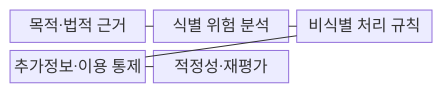
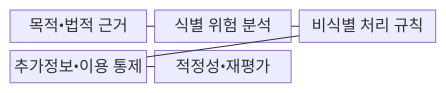
Before and after one commit to agnusdei1207/knowledge-base: the first of 2 diagrams in src/content/docs/notes/05-security/098_de_identification.md, drawn with Mermaid. The commit also changed other lines of this file and 953 other files, not shown here.

````diff
--- a/src/content/docs/notes/05-security/098_de_identification.md
+++ b/src/content/docs/notes/05-security/098_de_identification.md
@@ -63,13 +63,13 @@
 ```mermaid
 block-beta
   columns 3
-  A["목적·법적 근거"]
+  A["목적•법적 근거"]
   B["식별 위험 분석"]
   C["비식별 처리 규칙"]
-  D["추가정보·이용 통제"]
-  E["적정성·재평가"]
+  D["추가정보•이용 통제"]
+  E["적정성•재평가"]
   A --- B
   B --- C
   C --- D
   D --- E
 ```
````
